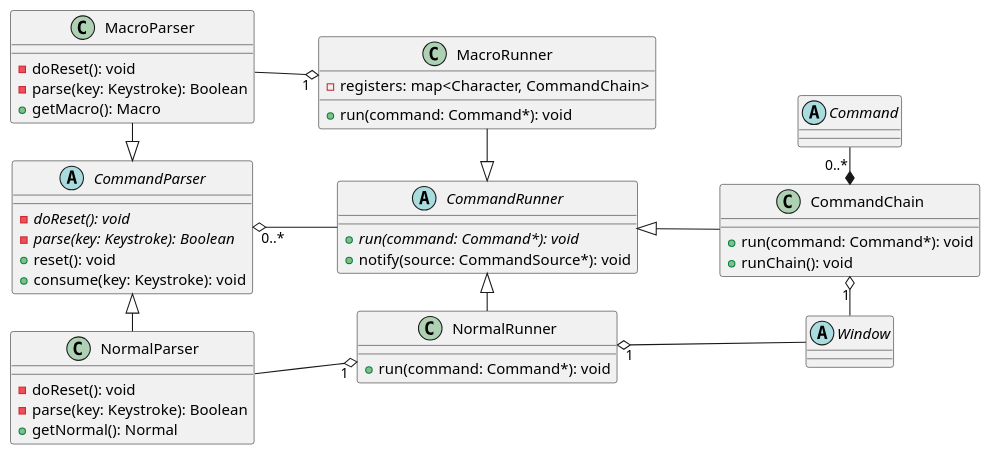
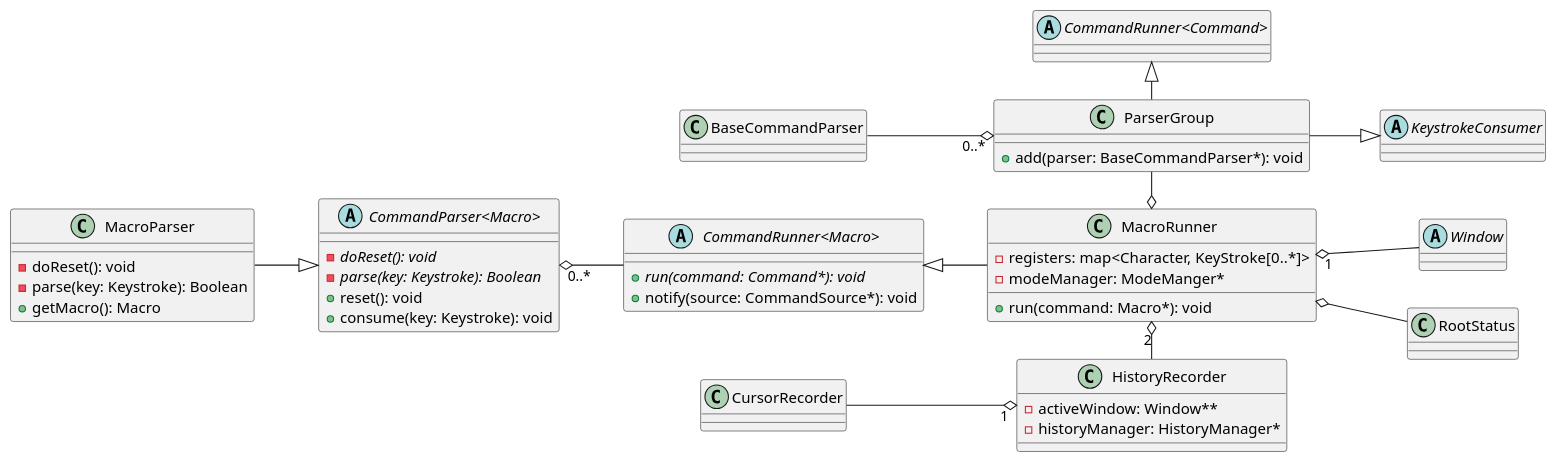
Before and after one commit to raywang999/VM: the fifth of 9 diagrams in uml.md, drawn with PlantUML. The commit also changed other lines of this file and 33 other files, not shown here.

````diff
--- a/uml.md
+++ b/uml.md
@@ -113,47 +224,45 @@
-```plantuml 
+```plantuml
 left to right direction
+class MacroParser {
+  -doReset(): void
+  -parse(key: Keystroke): Boolean
+  +getMacro(): Macro
+}
 abstract Window{}
-abstract CommandParser{
+abstract "CommandParser<Macro>"{
   {abstract}-doReset(): void
   {abstract}-parse(key: Keystroke): Boolean
   +reset(): void
   +consume(key: Keystroke): void
 }
-abstract CommandRunner {
+abstract "CommandRunner<Macro>" {
   +{abstract}run(command: Command*): void
   +notify(source: CommandSource*): void
 }
-CommandParser "0..*" o-- CommandRunner
-class NormalParser {
-  -doReset(): void
-  -parse(key: Keystroke): Boolean
-  +getNormal(): Normal
+class MacroRunner {
+  -registers: map<Character, KeyStroke[0..*]>
+  -modeManager: ModeManger*
+  +run(command: Macro*): void
 }
-class MacroParser {
-  -doReset(): void
-  -parse(key: Keystroke): Boolean
-  +getMacro(): Macro
+abstract "CommandRunner<Command>"{}
+abstract KeystrokeConsumer
+class ParserGroup{ 
+  +add(parser: BaseCommandParser*): void
 }
-class MacroRunner {
-  -registers: map<Character, CommandChain>
-  +run(command: Command*): void
+class HistoryRecorder {
+  -activeWindow: Window**
+  -historyManager: HistoryManager*
 }
-class NormalRunner {
-  +run(command: Command*): void
-}
-MacroRunner -|> CommandRunner
-CommandRunner <|- NormalRunner 
-CommandParser <|- NormalParser
-MacroParser -|> CommandParser 
-NormalParser --o "1" NormalRunner
-MacroParser --o "1" MacroRunner 
-class CommandChain{
-  +run(command: Command*): void 
-  +runChain(): void
-}
-abstract Command{}
-Command "0..*" -* CommandChain 
-CommandRunner <|-- CommandChain
-NormalRunner "1" o- Window
-CommandChain "1" o- Window 
+class CursorRecorder{ }
+"CommandRunner<Macro>" <|-- MacroRunner 
+MacroParser --|> "CommandParser<Macro>" 
+MacroRunner "1" o-- Window 
+MacroRunner o-- RootStatus
+ParserGroup -o MacroRunner 
+BaseCommandParser --o "0..*" ParserGroup
+"CommandRunner<Command>" <|- ParserGroup
+"CommandParser<Macro>" "0..*" o-- "CommandRunner<Macro>"
+ParserGroup --|> KeystrokeConsumer
+MacroRunner "2" o- HistoryRecorder
+CursorRecorder --o "1" HistoryRecorder
 ```
````
